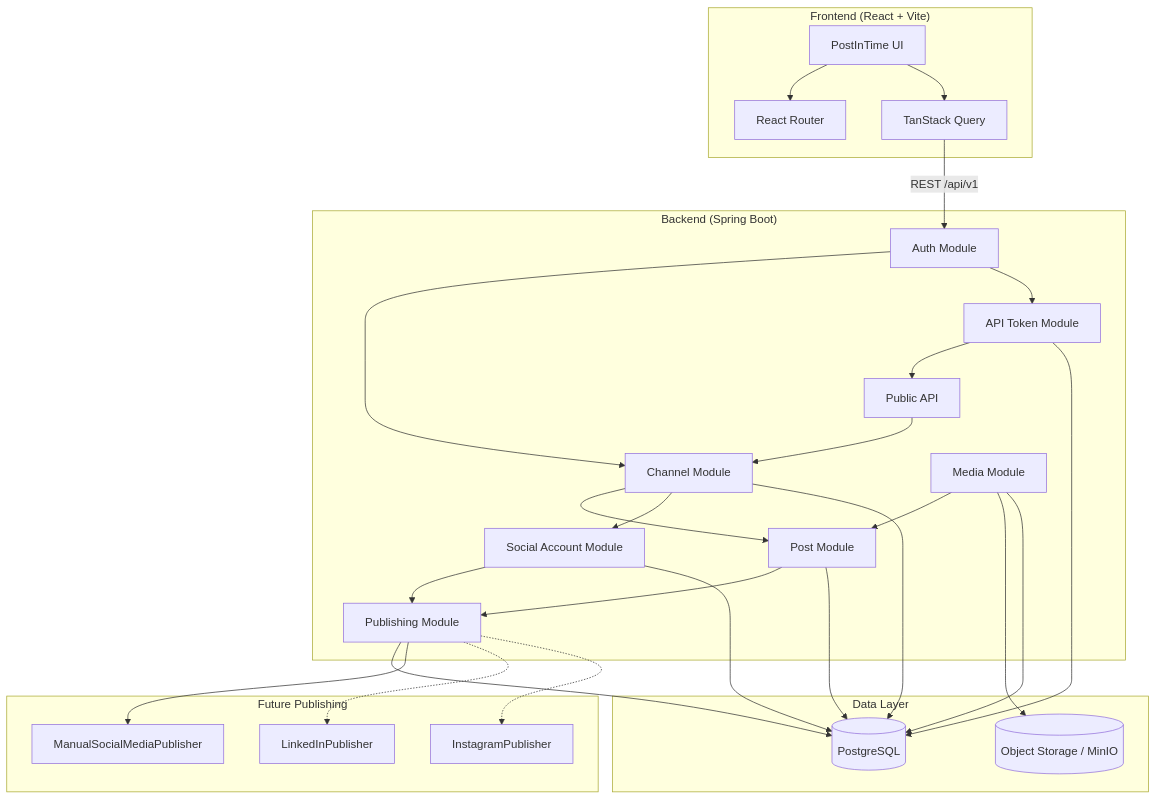
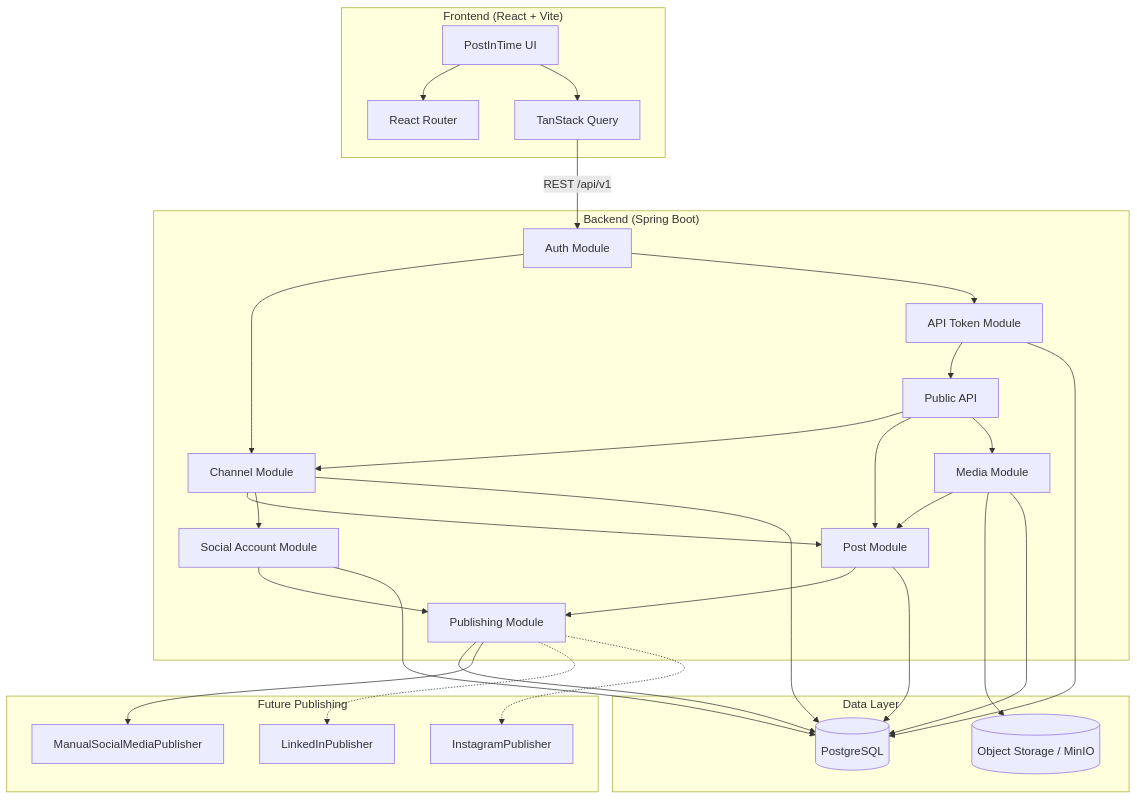
The diagram in product-architecture-flowchart.mmd (anushibinj/postintime), drawn with Mermaid before and after one commit. The commit also changed 5 other files, not shown here.

Commit message:
Add public API to create channel posts with JSON or media upload.

```diff
--- a/product-architecture-flowchart.mmd
+++ b/product-architecture-flowchart.mmd
@@ -1,51 +1,53 @@
 flowchart TB
     subgraph Client["Frontend (React + Vite)"]
         UI[PostInTime UI]
         Router[React Router]
         Query[TanStack Query]
         UI --> Router
         UI --> Query
     end
 
     subgraph API["Backend (Spring Boot)"]
         Auth[Auth Module]
         ApiTokens[API Token Module]
         Channels[Channel Module]
         Posts[Post Module]
         Media[Media Module]
         Social[Social Account Module]
         Publishing[Publishing Module]
         Public[Public API]
         Auth --> Channels
         Auth --> ApiTokens
         ApiTokens --> Public
         Public --> Channels
+        Public --> Posts
+        Public --> Media
         Channels --> Posts
         Channels --> Social
         Posts --> Publishing
         Social --> Publishing
         Media --> Posts
     end
 
     subgraph Data["Data Layer"]
         PG[(PostgreSQL)]
         Storage[(Object Storage / MinIO)]
     end
 
     Query -->|REST /api/v1| Auth
     ApiTokens --> PG
     Channels --> PG
     Posts --> PG
     Social --> PG
     Publishing --> PG
     Media --> Storage
     Media --> PG
 
     subgraph Future["Future Publishing"]
         Manual[ManualSocialMediaPublisher]
         LinkedIn[LinkedInPublisher]
         Instagram[InstagramPublisher]
         Publishing --> Manual
         Publishing -.-> LinkedIn
         Publishing -.-> Instagram
     end
```
